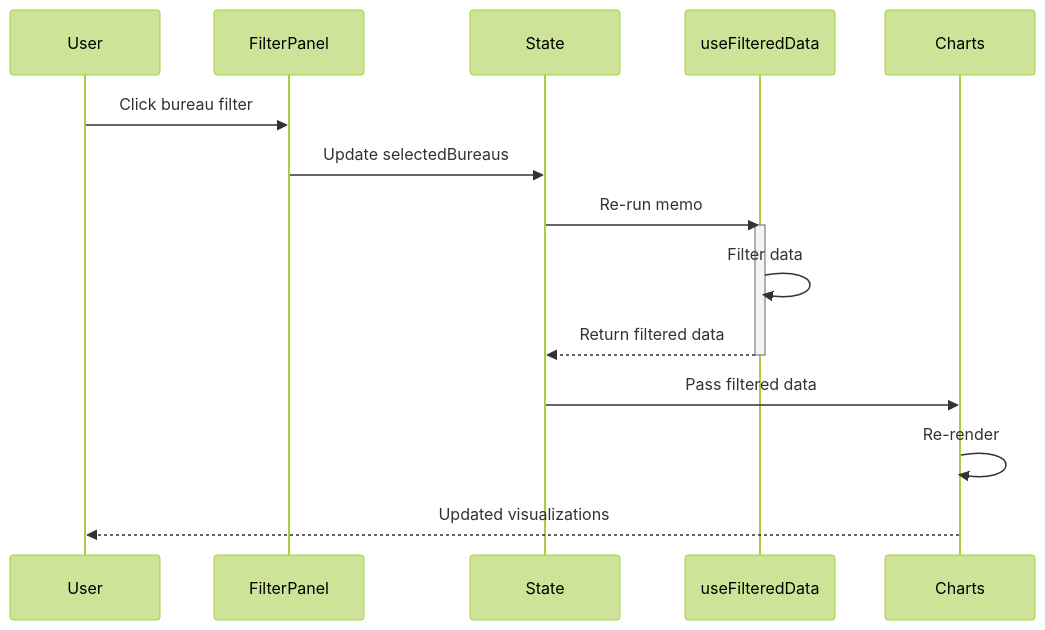
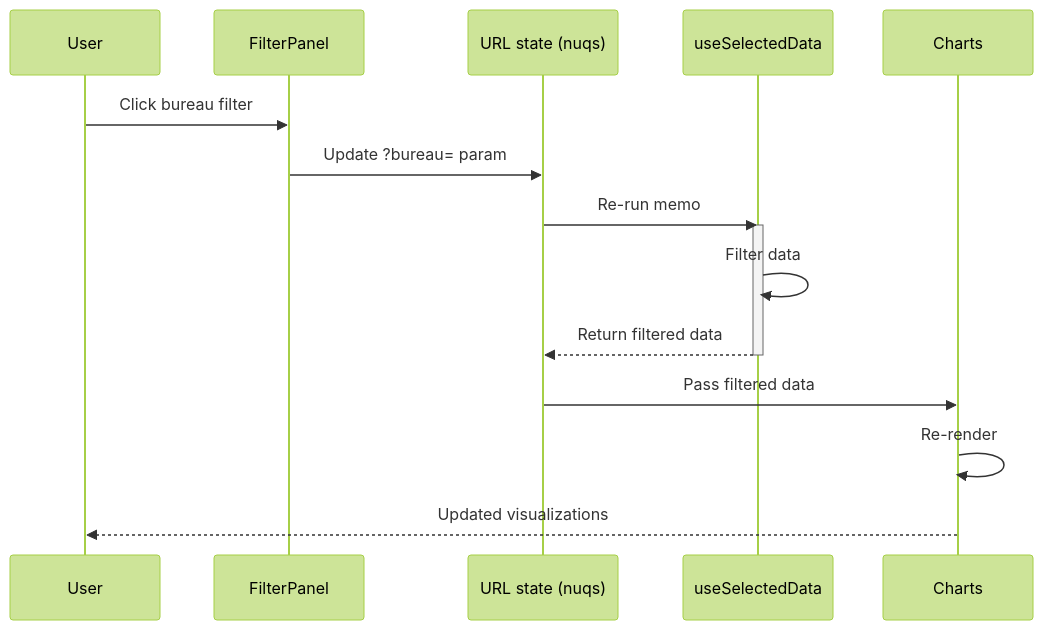
Before and after one commit to RetroHazard/JP_Immigration_Dashboard: the fourth of 16 diagrams in ARCHITECTURE.md, drawn with Mermaid (forest theme). The commit also changed other lines of this file and 239 other files, not shown here.

````diff
--- a/ARCHITECTURE.md
+++ b/ARCHITECTURE.md
@@ -100,19 +116,19 @@
 ```mermaid
 sequenceDiagram
     participant User
     participant FilterPanel
-    participant State
-    participant useFilteredData
+    participant State as URL state (nuqs)
+    participant selectData as useSelectedData
     participant Charts
     
     User->>FilterPanel: Click bureau filter
-    FilterPanel->>State: Update selectedBureaus
-    State->>useFilteredData: Re-run memo
-    activate useFilteredData
-    useFilteredData->>useFilteredData: Filter data
-    useFilteredData-->>State: Return filtered data
-    deactivate useFilteredData
+    FilterPanel->>State: Update ?bureau= param
+    State->>selectData: Re-run memo
+    activate selectData
+    selectData->>selectData: Filter data
+    selectData-->>State: Return filtered data
+    deactivate selectData
     State->>Charts: Pass filtered data
     Charts->>Charts: Re-render
     Charts-->>User: Updated visualizations
 ```
````
